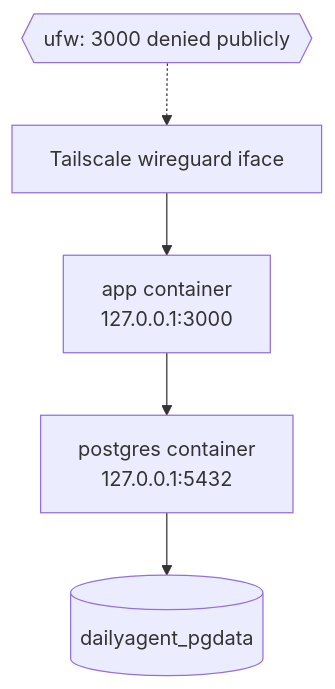
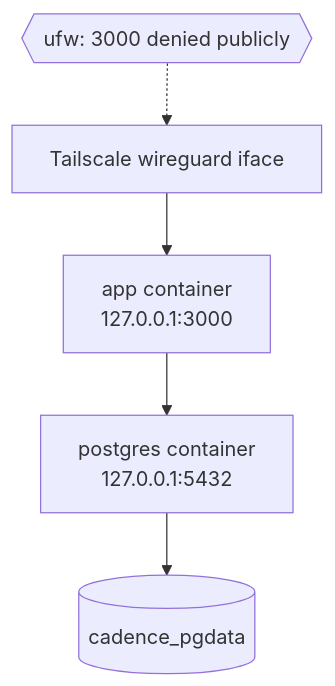
The second of 2 diagrams in docs/architecture.md (WalrusQuant/mcp-dailyagent), drawn with Mermaid before and after one commit. The commit also changed other lines of this file and 50 other files, not shown here.

First line of the commit message:
chore: rename project dailyagent → cadence

````diff
--- a/docs/architecture.md
+++ b/docs/architecture.md
@@ -117,7 +117,7 @@
 ```mermaid
 flowchart TD
     TS[Tailscale wireguard iface] --> APPC["app container<br/>127.0.0.1:3000"]
     APPC --> PGC["postgres container<br/>127.0.0.1:5432"]
-    PGC --> Volume[(dailyagent_pgdata)]
+    PGC --> Volume[(cadence_pgdata)]
     Firewall{{ufw: 3000 denied publicly}} -.-> TS
 ```
````
